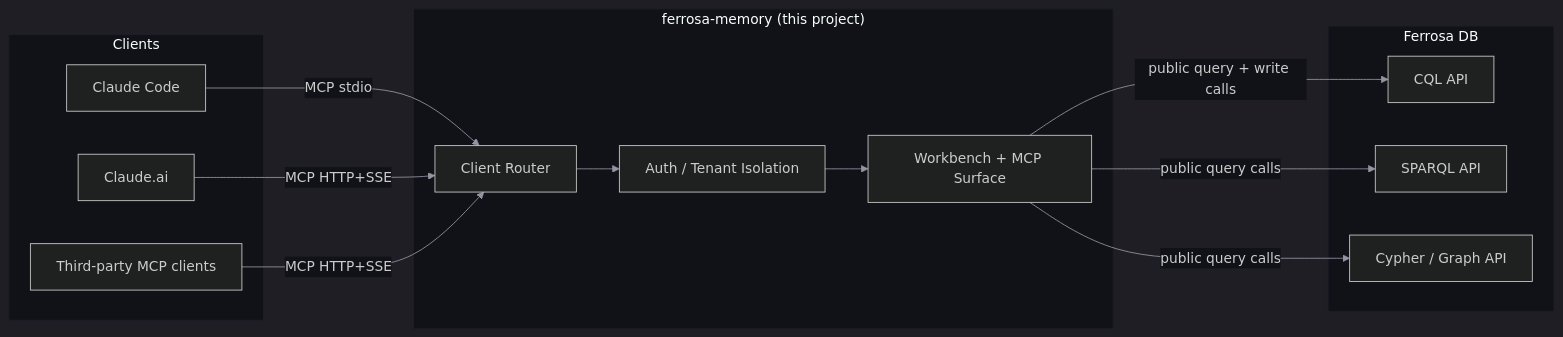
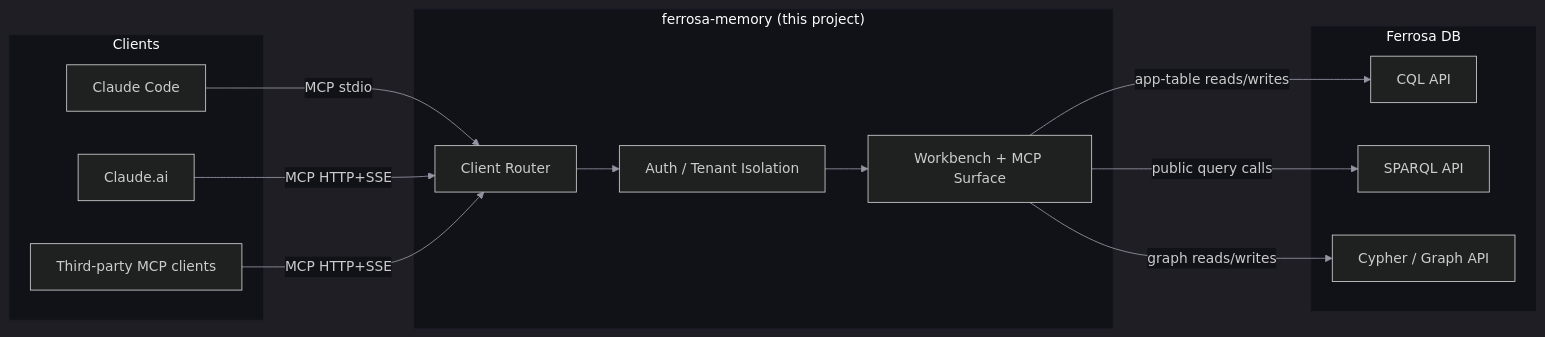
The diagram in specs/overview.md (ferrosadb/ferrosa-memory), drawn with Mermaid before and after one commit. The commit also changed other lines of this file and 12 other files, not shown here.

Commit message:
docs: update graph boundary architecture

````diff
--- a/specs/overview.md
+++ b/specs/overview.md
@@ -9,30 +9,30 @@
 ```mermaid
 %%{init: {'theme':'dark','themeVariables':{'primaryColor':'#16161f','primaryTextColor':'#e8e8ed','primaryBorderColor':'#e2725b','lineColor':'#9494a3','secondaryColor':'#1c1c28','tertiaryColor':'#111118','clusterBkg':'#111118','clusterBorder':'#1e1e2a','edgeLabelBackground':'#111118','nodeTextColor':'#e8e8ed'}}}%%
 graph LR
     subgraph Clients
         CC[Claude Code]
         CA[Claude.ai]
         TP[Third-party MCP clients]
     end
 
     subgraph "ferrosa-memory (this project)"
         TR[Client Router]
         AT[Auth / Tenant Isolation]
         WB[Workbench + MCP Surface]
     end
 
     subgraph "Ferrosa DB"
         CQL[CQL API]
         SPQ[SPARQL API]
         CYP[Cypher / Graph API]
     end
 
     CC -->|MCP stdio| TR
     CA -->|MCP HTTP+SSE| TR
     TP -->|MCP HTTP+SSE| TR
     TR --> AT
     AT --> WB
-    WB -->|public query + write calls| CQL
+    WB -->|app-table reads/writes| CQL
     WB -->|public query calls| SPQ
-    WB -->|public query calls| CYP
+    WB -->|graph reads/writes| CYP
 ```
````
